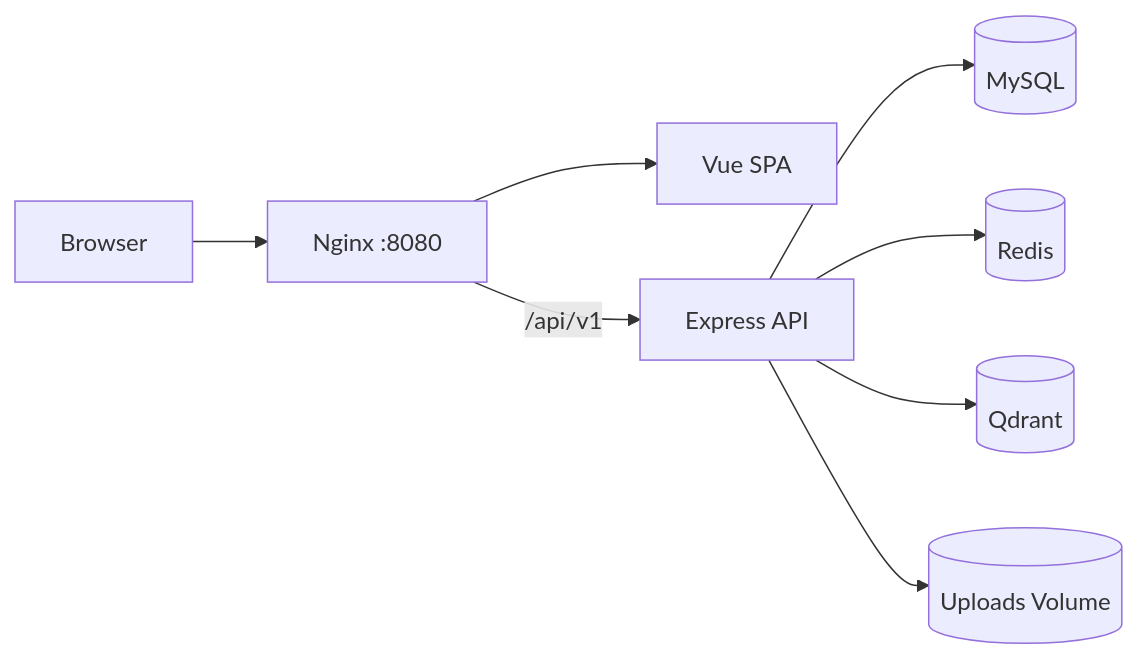
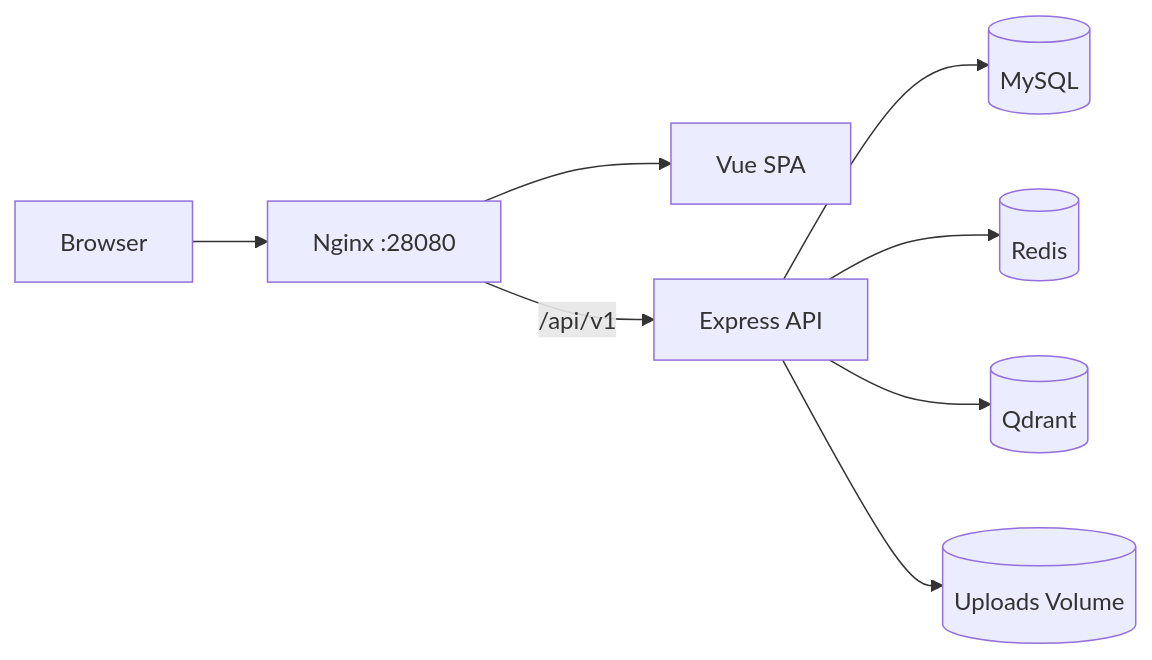
Before and after one commit to xiteral128/personal-blog: the diagram in README.md, drawn with Mermaid. The commit also changed other lines of this file and 5 other files, not shown here.

````diff
--- a/README.md
+++ b/README.md
@@ -62,10 +62,10 @@
 ```mermaid
 flowchart LR
-  Browser["Browser"] --> Nginx["Nginx :8080"]
+  Browser["Browser"] --> Nginx["Nginx :28080"]
   Nginx --> Frontend["Vue SPA"]
   Nginx -- /api/v1 --> Backend["Express API"]
   Backend --> MySQL[("MySQL")]
   Backend --> Redis[("Redis")]
   Backend --> Qdrant[("Qdrant")]
   Backend --> Uploads[("Uploads Volume")]
 ```
````
